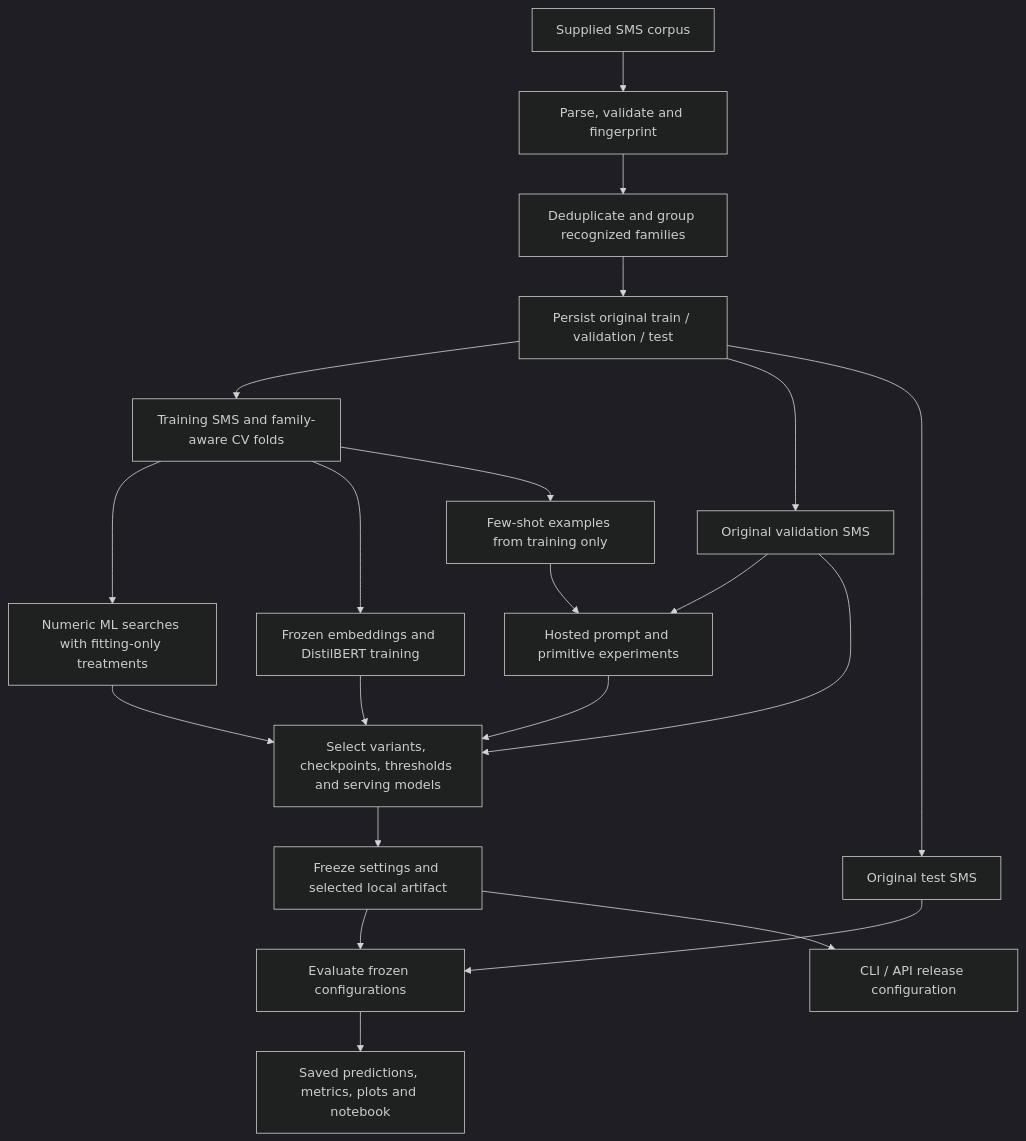
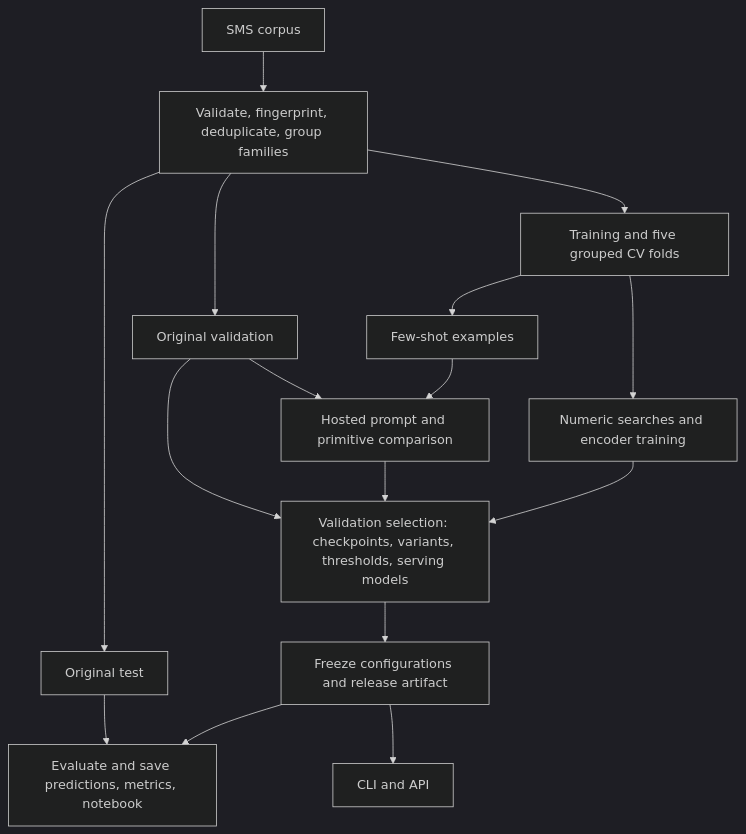
Before and after one commit to DomGallego/moneyme-sms-spam-classifier: the first of 2 diagrams in docs/architecture.md, drawn with Mermaid (dark theme). The commit also changed other lines of this file and 21 other files, not shown here.

````diff
--- a/docs/architecture.md
+++ b/docs/architecture.md
@@ -19,23 +17,18 @@
 ```mermaid
 flowchart TD
-    RAW[Supplied SMS corpus] --> CHECK[Parse, validate and fingerprint]
-    CHECK --> CLEAN[Deduplicate and group recognized families]
-    CLEAN --> SPLIT[Persist original train / validation / test]
-    SPLIT --> TRAIN[Training SMS and family-aware CV folds]
-    SPLIT --> VAL[Original validation SMS]
-    SPLIT --> TEST[Original test SMS]
-    TRAIN --> NUM[Numeric ML searches with fitting-only treatments]
-    TRAIN --> ENC[Frozen embeddings and DistilBERT training]
-    TRAIN --> EX[Few-shot examples from training only]
-    EX --> HOST[Hosted prompt and primitive experiments]
+    RAW[SMS corpus] --> DATA[Validate, fingerprint, deduplicate, group families]
+    DATA --> TRAIN[Training and five grouped CV folds]
+    DATA --> VAL[Original validation]
+    DATA --> TEST[Original test]
+    TRAIN --> ML[Numeric searches and encoder training]
+    TRAIN --> EX[Few-shot examples]
+    EX --> HOST[Hosted prompt and primitive comparison]
     VAL --> HOST
-    VAL --> SELECT[Select variants, checkpoints, thresholds and serving models]
-    NUM --> SELECT
-    ENC --> SELECT
+    ML --> SELECT[Validation selection: checkpoints, variants, thresholds, serving models]
     HOST --> SELECT
-    SELECT --> FREEZE[Freeze settings and selected local artifact]
-    FREEZE --> FINAL[Evaluate frozen configurations]
-    TEST --> FINAL
-    FINAL --> REPORT[Saved predictions, metrics, plots and notebook]
-    FREEZE --> RELEASE[CLI / API release configuration]
+    VAL --> SELECT
+    SELECT --> FREEZE[Freeze configurations and release artifact]
+    FREEZE --> EVAL[Evaluate and save predictions, metrics, notebook]
+    TEST --> EVAL
+    FREEZE --> SERVE[CLI and API]
 ```
````
